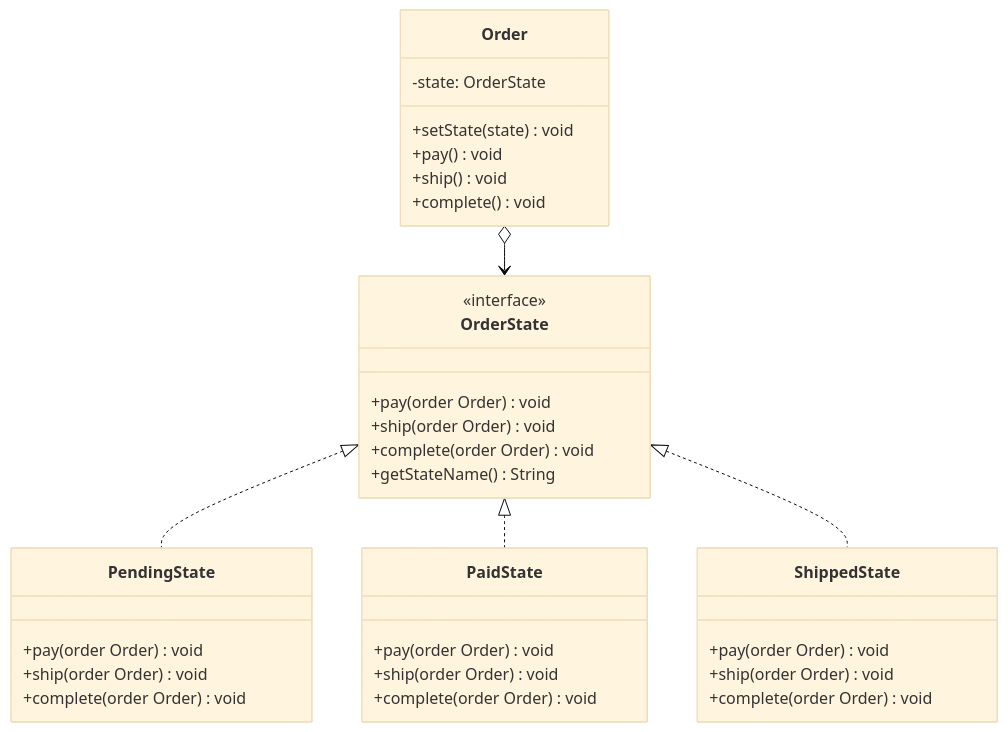
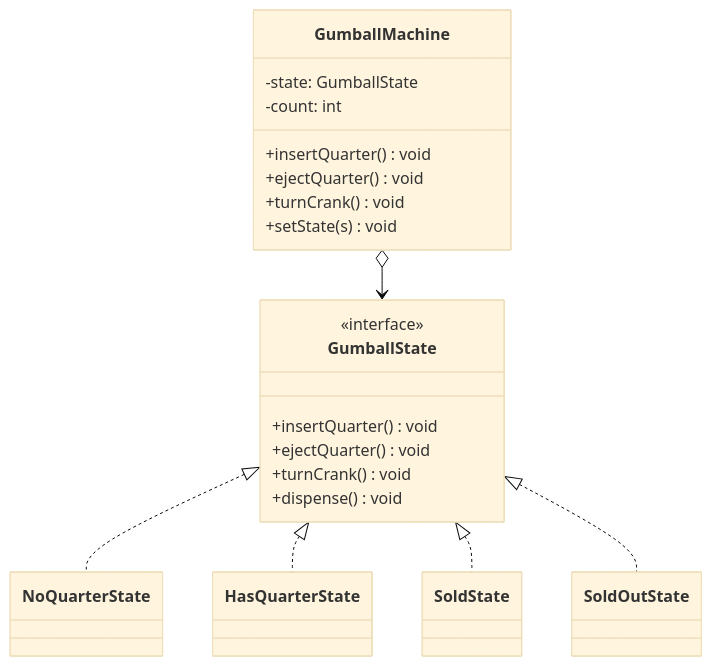
One commit to luguosong/programming-notes changed the second of 2 diagrams in docs/topic/design-patterns/behavioral-patterns/state/index.md. Above: the diagram before and after it, drawn with Mermaid (base theme). The commit also changed other lines of this file and 24 other files, not shown here.

````diff
--- a/docs/topic/design-patterns/behavioral-patterns/state/index.md
+++ b/docs/topic/design-patterns/behavioral-patterns/state/index.md
@@ -21,36 +45,27 @@
 ```mermaid
 classDiagram
-    class OrderState {
+    class GumballState {
         <<interface>>
-        +pay(order Order) void
-        +ship(order Order) void
-        +complete(order Order) void
-        +getStateName() String
+        +insertQuarter() void
+        +ejectQuarter() void
+        +turnCrank() void
+        +dispense() void
     }
-    class PendingState {
-        +pay(order Order) void
-        +ship(order Order) void
-        +complete(order Order) void
+    class NoQuarterState
+    class HasQuarterState
+    class SoldState
+    class SoldOutState
+    class GumballMachine {
+        -state: GumballState
+        -count: int
+        +insertQuarter() void
+        +ejectQuarter() void
+        +turnCrank() void
+        +setState(s) void
     }
-    class PaidState {
-        +pay(order Order) void
-        +ship(order Order) void
-        +complete(order Order) void
-    }
-    class ShippedState {
-        +pay(order Order) void
-        +ship(order Order) void
-        +complete(order Order) void
-    }
-    class Order {
-        -state: OrderState
-        +setState(state) void
-        +pay() void
-        +ship() void
-        +complete() void
-    }
-    OrderState <|.. PendingState
-    OrderState <|.. PaidState
-    OrderState <|.. ShippedState
-    Order o--> OrderState
+    GumballState <|.. NoQuarterState
+    GumballState <|.. HasQuarterState
+    GumballState <|.. SoldState
+    GumballState <|.. SoldOutState
+    GumballMachine o--> GumballState
 ```
````
